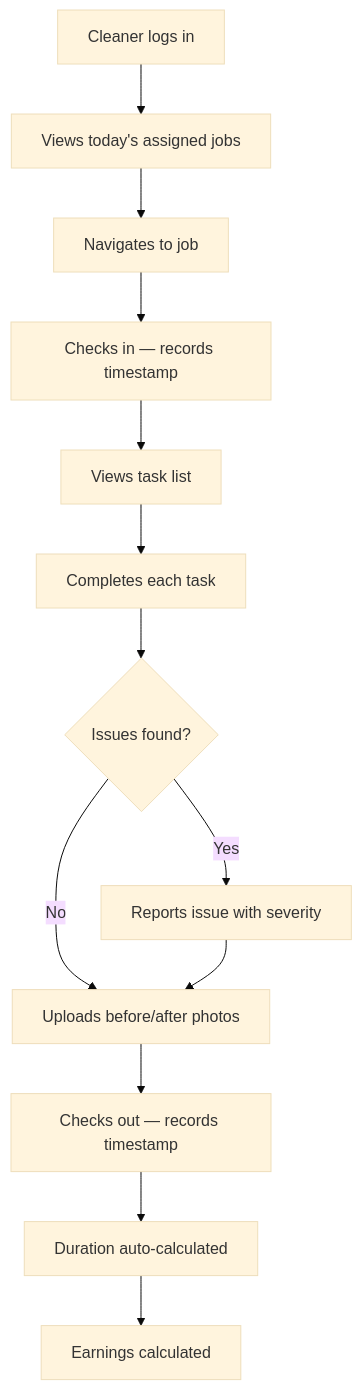
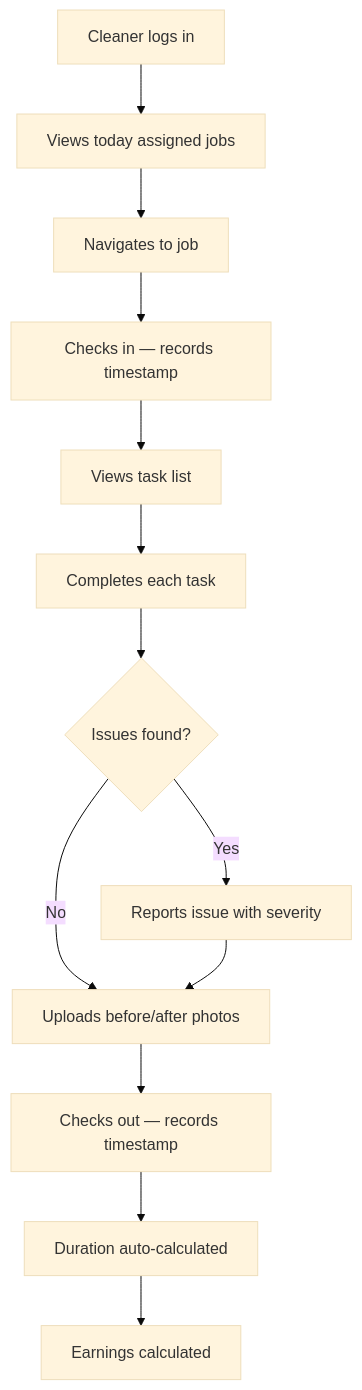
The tenth of 17 diagrams in README.md (anyatechserv/puremaids), drawn with Mermaid (base theme) before and after one commit. The commit also changed other lines of this file and 63 other files, not shown here.

````diff
--- a/README.md
+++ b/README.md
@@ -924,15 +818,15 @@
 ```mermaid
 flowchart TD
-    A[Cleaner logs in] --> B[Views today's assigned jobs]
+    A[Cleaner logs in] --> B[Views today assigned jobs]
     B --> C[Navigates to job]
     C --> D[Checks in — records timestamp]
     D --> E[Views task list]
     E --> F[Completes each task]
     F --> G{Issues found?}
     G -->|Yes| H[Reports issue with severity]
     G -->|No| I[Uploads before/after photos]
     H --> I
     I --> J[Checks out — records timestamp]
     J --> K[Duration auto-calculated]
     K --> L[Earnings calculated]
 ```
````
